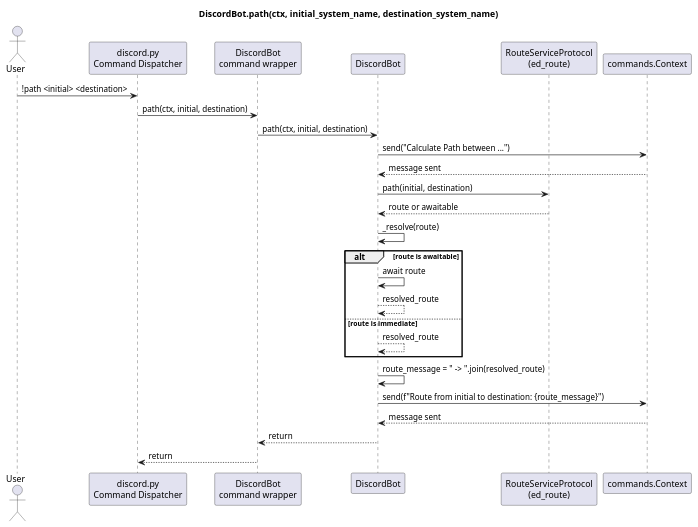
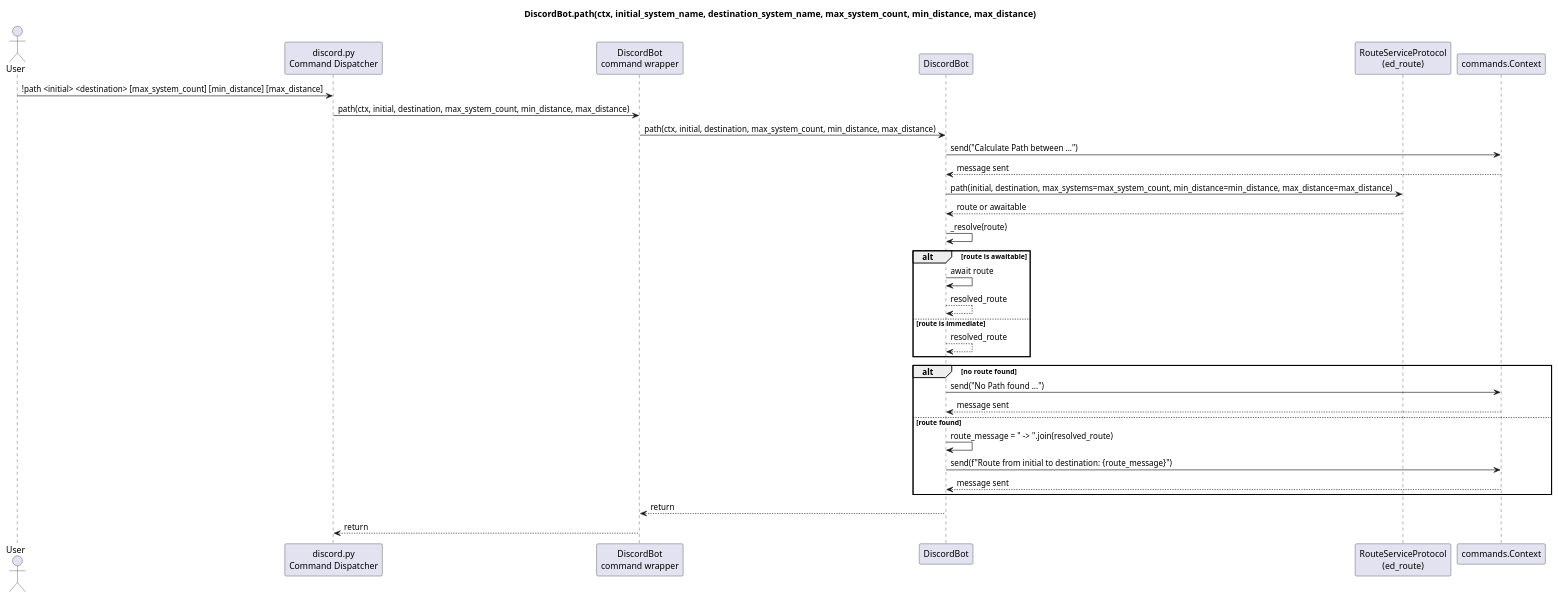
One commit to fazleskhan/elite_dangerous_discord_tools changed the fourth of 5 diagrams in docs/discord_bot_sequences.puml. Above: the diagram before and after it, drawn with PlantUML. The commit also changed other lines of this file and 6 other files, not shown here.

Commit message:
updated sequence diagrams and readme

```diff
--- a/docs/discord_bot_sequences.puml
+++ b/docs/discord_bot_sequences.puml
@@ -48,31 +83,37 @@
 @startuml
-title DiscordBot.path(ctx, initial_system_name, destination_system_name)
+title DiscordBot.path(ctx, initial_system_name, destination_system_name, max_system_count, min_distance, max_distance)
 
 actor User
 participant "discord.py\nCommand Dispatcher" as Dispatcher
 participant "DiscordBot\ncommand wrapper" as Wrapper
 participant "DiscordBot" as Bot
 participant "RouteServiceProtocol\n(ed_route)" as RouteService
 participant "commands.Context" as Ctx
 
-User -> Dispatcher: !path <initial> <destination>
-Dispatcher -> Wrapper: path(ctx, initial, destination)
-Wrapper -> Bot: path(ctx, initial, destination)
+User -> Dispatcher: !path <initial> <destination> [max_system_count] [min_distance] [max_distance]
+Dispatcher -> Wrapper: path(ctx, initial, destination, max_system_count, min_distance, max_distance)
+Wrapper -> Bot: path(ctx, initial, destination, max_system_count, min_distance, max_distance)
 Bot -> Ctx: send("Calculate Path between ...")
 Ctx --> Bot: message sent
 
-Bot -> RouteService: path(initial, destination)
+Bot -> RouteService: path(initial, destination, max_systems=max_system_count, min_distance=min_distance, max_distance=max_distance)
 RouteService --> Bot: route or awaitable
 Bot -> Bot: _resolve(route)
 alt route is awaitable
   Bot -> Bot: await route
   Bot --> Bot: resolved_route
 else route is immediate
   Bot --> Bot: resolved_route
 end
-Bot -> Bot: route_message = " -> ".join(resolved_route)
-Bot -> Ctx: send(f"Route from initial to destination: {route_message}")
-Ctx --> Bot: message sent
+
+alt no route found
+  Bot -> Ctx: send("No Path found ...")
+  Ctx --> Bot: message sent
+else route found
+  Bot -> Bot: route_message = " -> ".join(resolved_route)
+  Bot -> Ctx: send(f"Route from initial to destination: {route_message}")
+  Ctx --> Bot: message sent
+end
 Bot --> Wrapper: return
 Wrapper --> Dispatcher: return
 @enduml
```
